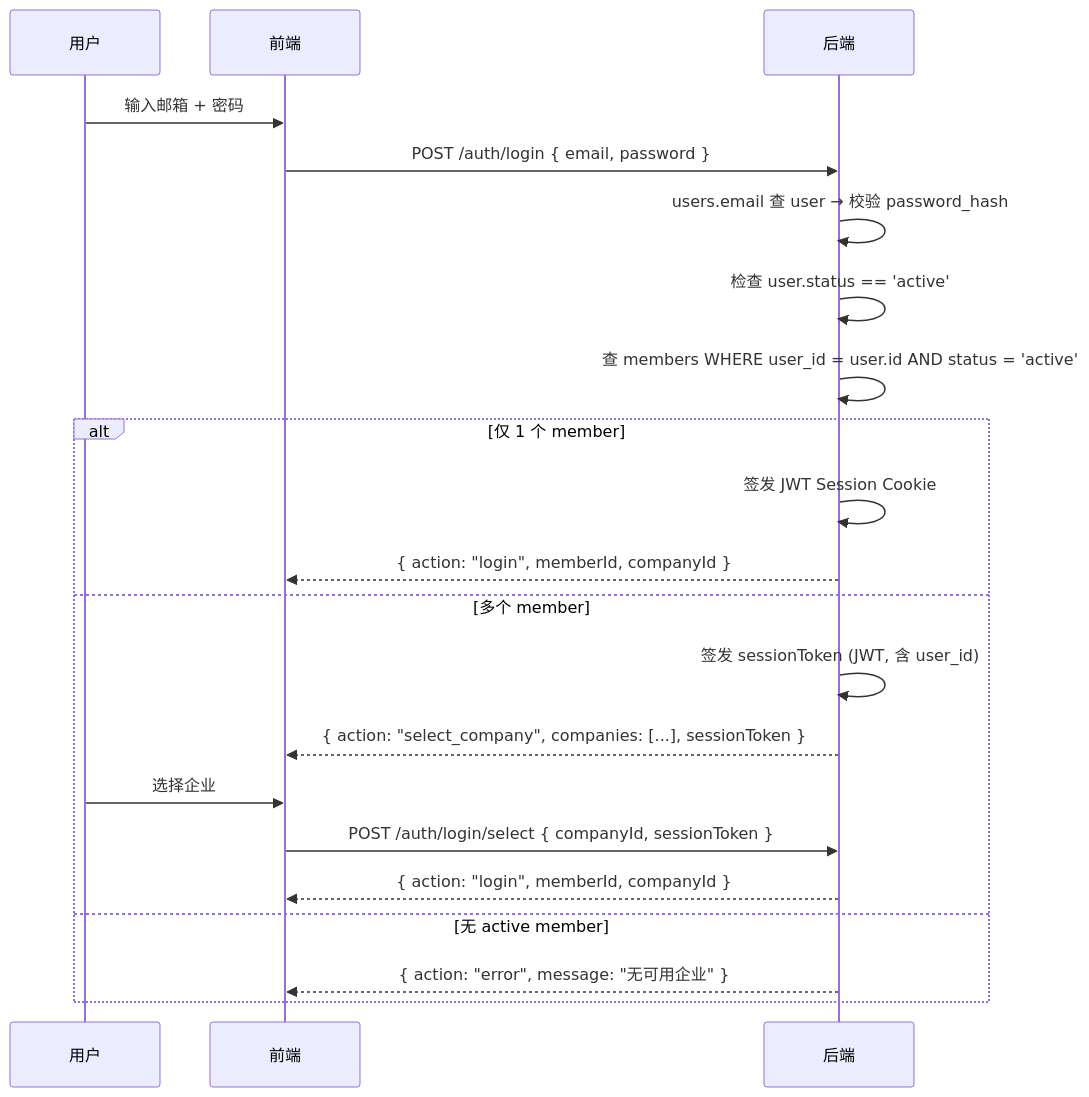
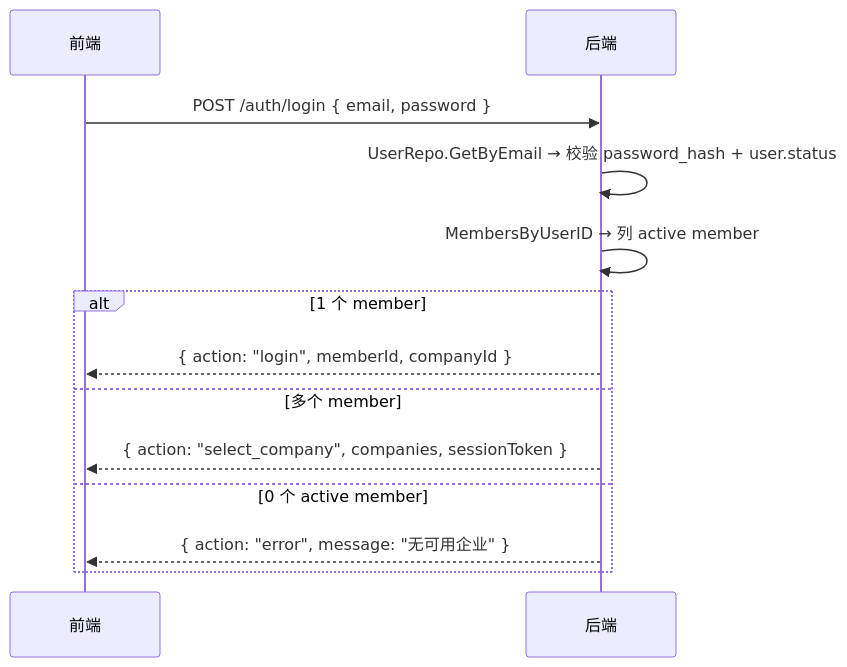
Before and after one commit to quyip8818/mytokenjoy: the third of 5 diagrams in docs/saas/登录注册方案设计.md, drawn with Mermaid. The commit also changed other lines of this file and 29 other files, not shown here.

````diff
--- a/docs/saas/登录注册方案设计.md
+++ b/docs/saas/登录注册方案设计.md
@@ -340,24 +152,16 @@
 ```mermaid
 sequenceDiagram
-    participant U as 用户
     participant F as 前端
     participant B as 后端
 
-    U->>F: 输入邮箱 + 密码
     F->>B: POST /auth/login { email, password }
-    B->>B: users.email 查 user → 校验 password_hash
-    B->>B: 检查 user.status == 'active'
-    B->>B: 查 members WHERE user_id = user.id AND status = 'active'
-    alt 仅 1 个 member
-        B->>B: 签发 JWT Session Cookie
+    B->>B: UserRepo.GetByEmail → 校验 password_hash + user.status
+    B->>B: MembersByUserID → 列 active member
+    alt 1 个 member
         B-->>F: { action: "login", memberId, companyId }
     else 多个 member
-        B->>B: 签发 sessionToken (JWT, 含 user_id)
-        B-->>F: { action: "select_company", companies: [...], sessionToken }
-        U->>F: 选择企业
-        F->>B: POST /auth/login/select { companyId, sessionToken }
-        B-->>F: { action: "login", memberId, companyId }
-    else 无 active member
+        B-->>F: { action: "select_company", companies, sessionToken }
+    else 0 个 active member
         B-->>F: { action: "error", message: "无可用企业" }
     end
 ```
````
